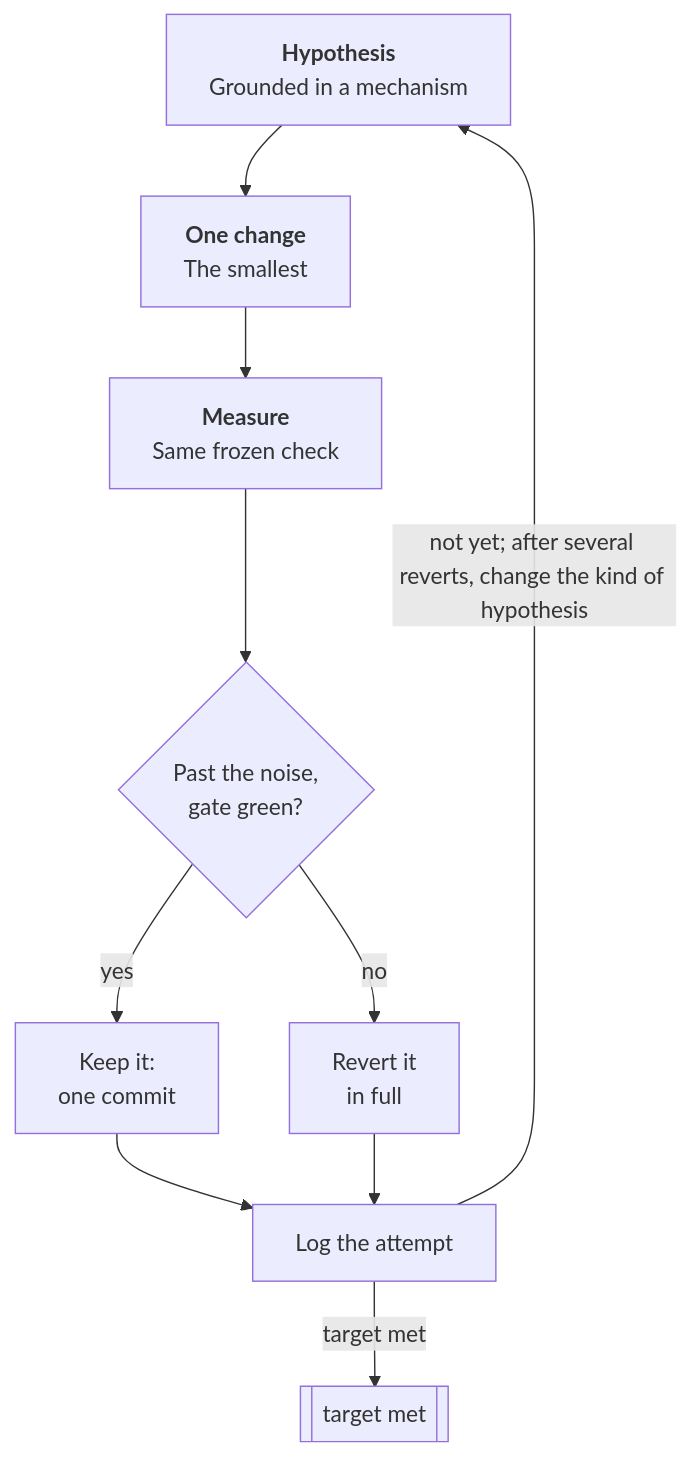
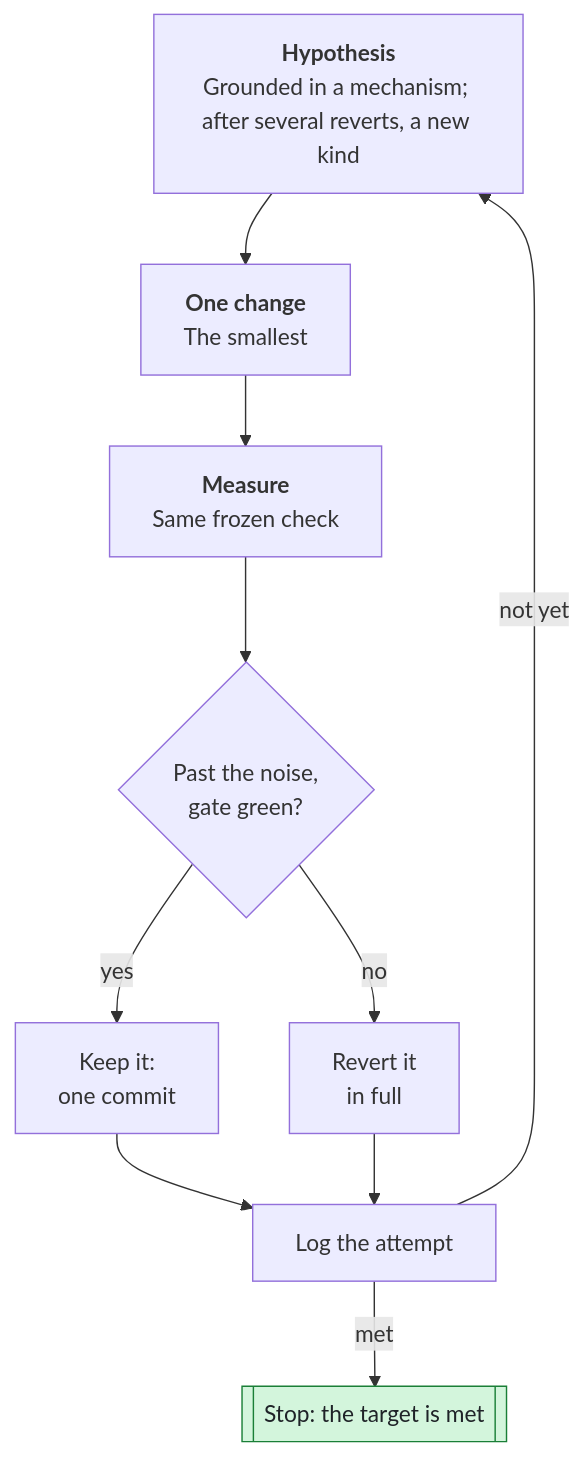
Before and after one commit to Ilian-Allaf/skillstack: diagram 11 of 12 in skills/GRAPH.md, drawn with Mermaid. The commit also changed other lines of this file, not shown here.

First line of the commit message:
Make the skill graph readable at a glance

````diff
--- a/skills/GRAPH.md
+++ b/skills/GRAPH.md
@@ -262,17 +311,22 @@
 ```mermaid
 flowchart TB
-  hyp["<b>Hypothesis</b><br/>Grounded in a mechanism"]
+  hyp["<b>Hypothesis</b><br/>Grounded in a mechanism; after several reverts, a new kind"]
   change["<b>One change</b><br/>The smallest"]
   measure["<b>Measure</b><br/>Same frozen check"]
   keep{"Past the noise,<br/>gate green?"}
   commit["Keep it:<br/>one commit"]
   revert["Revert it<br/>in full"]
   log["Log the attempt"]
-  done[["target met"]]
+  done[["Stop: the target is met"]]
 
   hyp --> change --> measure --> keep
   keep -->|yes| commit --> log
   keep -->|no| revert --> log
-  log -->|"not yet; after several reverts, change the kind of hypothesis"| hyp
-  log -->|target met| done
+  log -->|not yet| hyp
+  log -->|met| done
+
+  classDef ready fill:#d3f5dc,stroke:#1a7f37,color:#1f2328
+  classDef human fill:#fff1c2,stroke:#9a6700,color:#1f2328
+  classDef stop fill:#ffe0e0,stroke:#cf222e,color:#1f2328
+  class done ready
 ```
````
